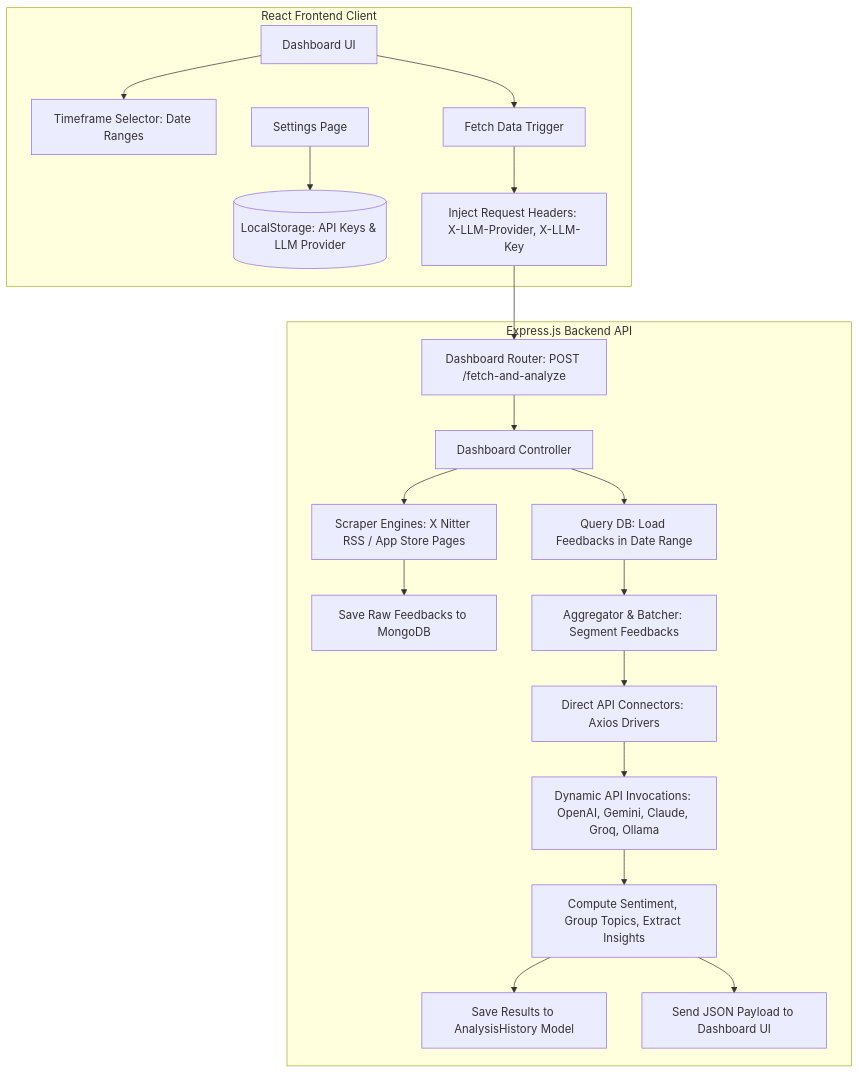
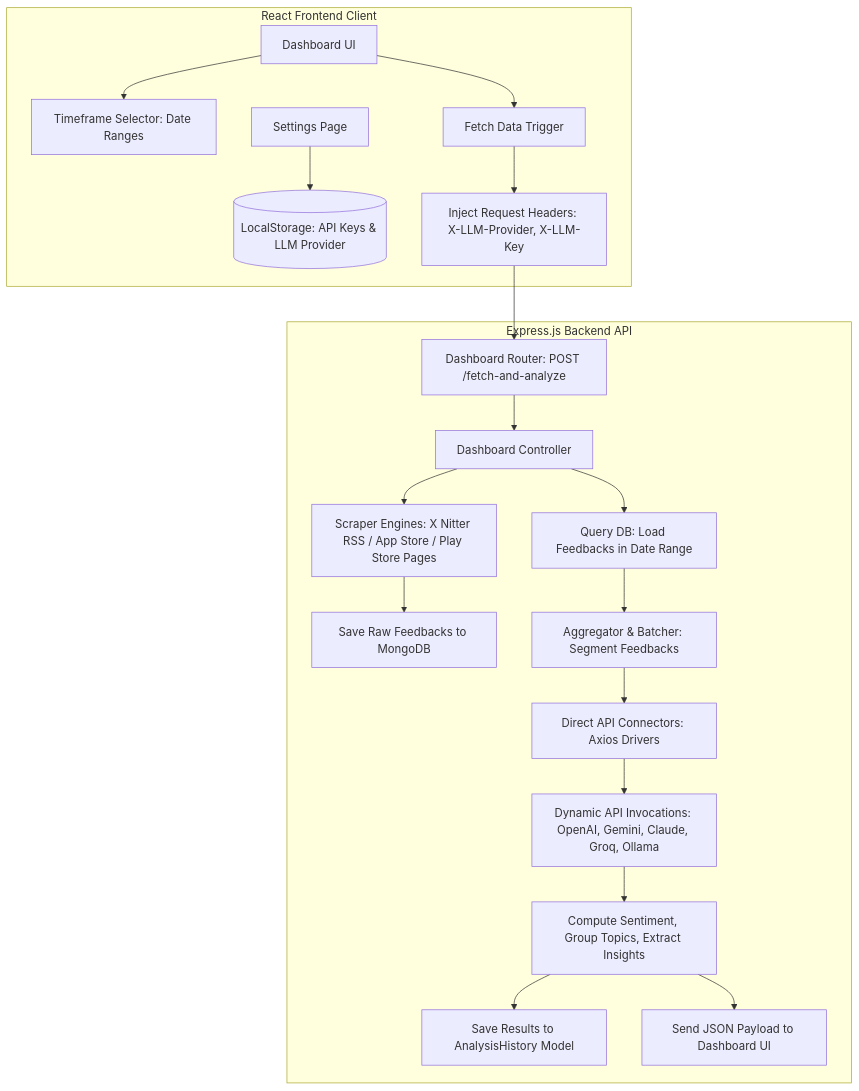
The diagram in README.md (manasdutta04/prysm), drawn with Mermaid before and after one commit. The commit also changed 3 other files, not shown here.

Commit message:
docs: update markdown docs for Play Store connector

````diff
--- a/README.md
+++ b/README.md
@@ -24,27 +24,27 @@
 ```mermaid
 graph TD
     subgraph Client [React Frontend Client]
         UI[Dashboard UI] --> Selector[Timeframe Selector: Date Ranges]
         UI --> Fetch[Fetch Data Trigger]
         Settings[Settings Page] --> LocalStorage[(LocalStorage: API Keys & LLM Provider)]
         Fetch --> Headers[Inject Request Headers: X-LLM-Provider, X-LLM-Key]
     end
 
     subgraph Server [Express.js Backend API]
         Headers --> Router[Dashboard Router: POST /fetch-and-analyze]
         Router --> Controller[Dashboard Controller]
         
-        Controller --> Scrapers[Scraper Engines: X Nitter RSS / App Store Pages]
+        Controller --> Scrapers[Scraper Engines: X Nitter RSS / App Store / Play Store Pages]
         Scrapers --> DBStore[Save Raw Feedbacks to MongoDB]
         
         Controller --> Query[Query DB: Load Feedbacks in Date Range]
         Query --> Batcher[Aggregator & Batcher: Segment Feedbacks]
         
         Batcher --> AIOrchestrator[Direct API Connectors: Axios Drivers]
         AIOrchestrator --> LLM[Dynamic API Invocations: OpenAI, Gemini, Claude, Groq, Ollama]
         
         LLM --> Analysis[Compute Sentiment, Group Topics, Extract Insights]
         Analysis --> HistoryStore[Save Results to AnalysisHistory Model]
         Analysis --> Response[Send JSON Payload to Dashboard UI]
     end
 ```
````
